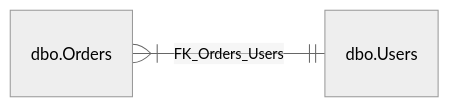
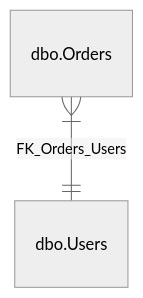
One commit to DimonSmart/DbSketch changed the first of 2 diagrams in README.md. Above: the diagram before and after it, drawn with Mermaid (neutral theme). The commit also changed other lines of this file and 20 other files, not shown here.

First line of the commit message:
Refactor diagram output config: renderer/format split

````diff
--- a/README.md
+++ b/README.md
@@ -168,5 +180,5 @@
 ```mermaid
 erDiagram
-  direction LR
+
   "dbo.Orders" }|--|| "dbo.Users" : "FK_Orders_Users"
 ```
````
